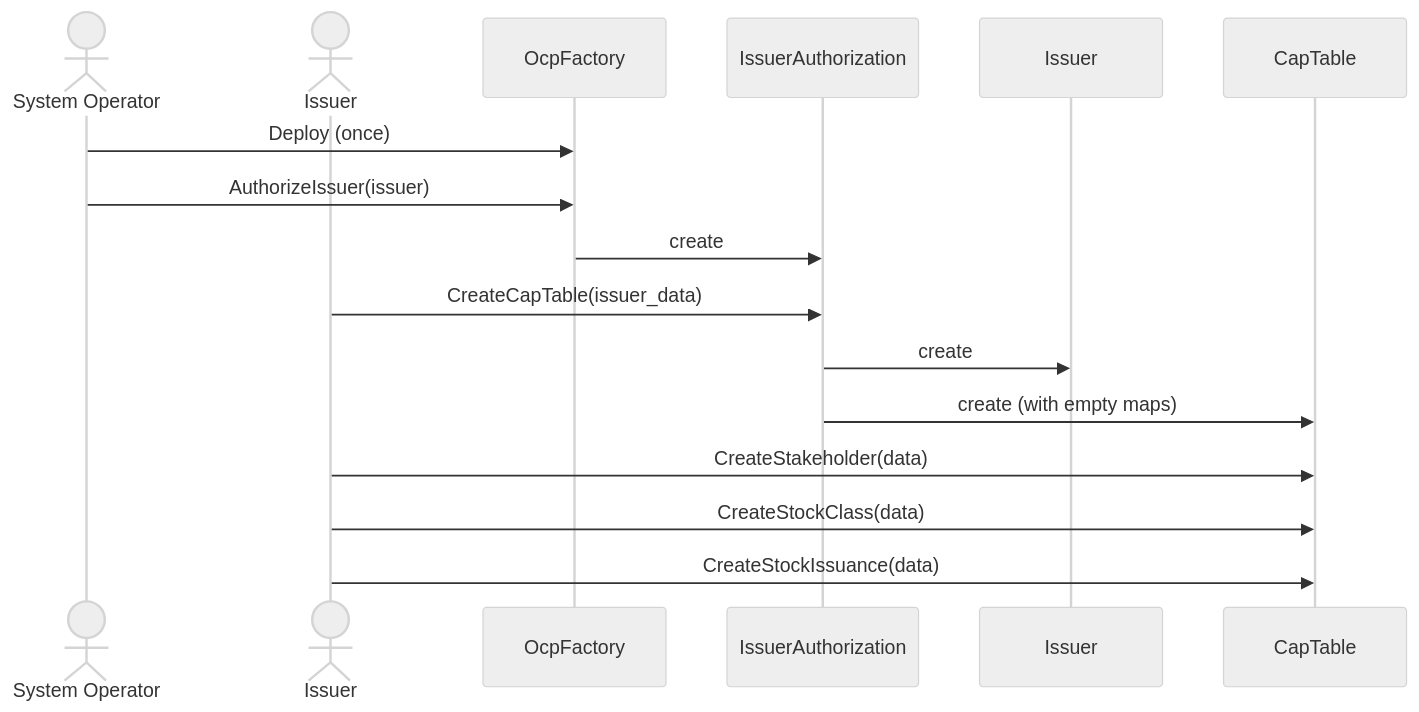
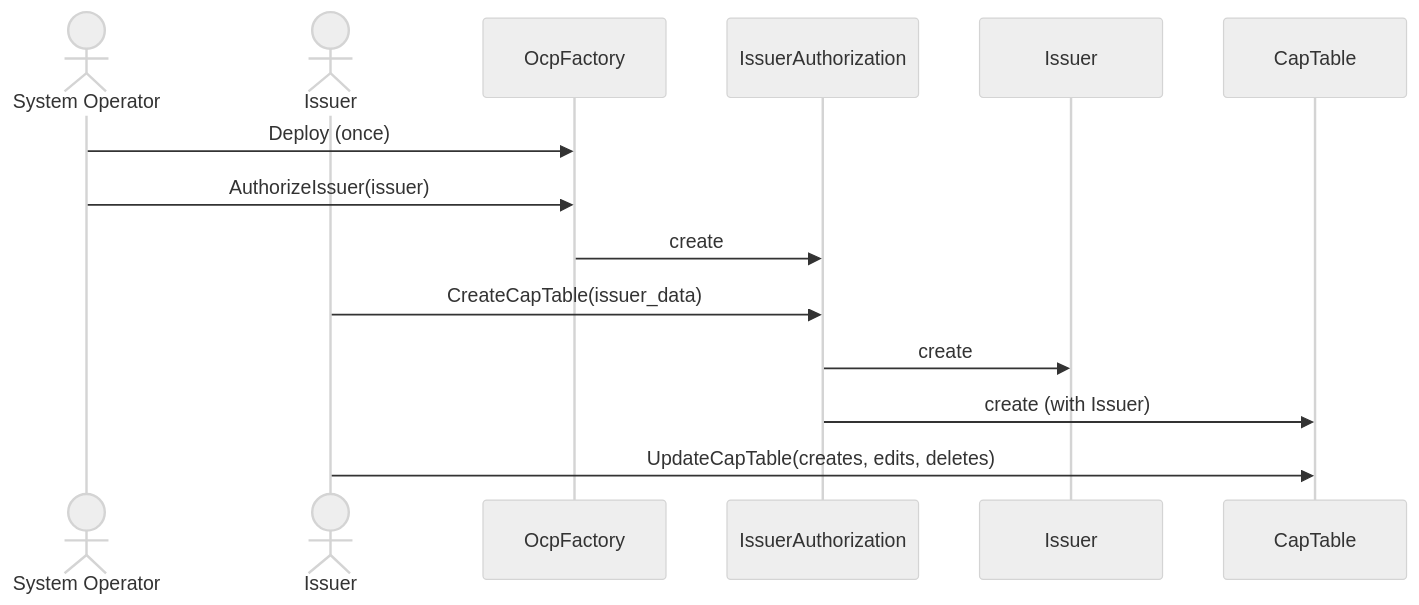
One commit to Fairmint/open-captable-protocol-daml changed the second of 2 diagrams in docs/OCP_CONTRACT_DIAGRAM.md. Above: the diagram before and after it, drawn with Mermaid (neutral theme). The commit also changed other lines of this file, not shown here.

Commit message:
Refine CapTable docs, clarify codegen, and simplify update flow

````diff
--- a/docs/OCP_CONTRACT_DIAGRAM.md
+++ b/docs/OCP_CONTRACT_DIAGRAM.md
@@ -17,17 +17,15 @@
 ```mermaid
 sequenceDiagram
     actor SO as System Operator
     actor I as Issuer
 
     SO->>OcpFactory: Deploy (once)
     SO->>OcpFactory: AuthorizeIssuer(issuer)
     OcpFactory->>IssuerAuthorization: create
 
     I->>IssuerAuthorization: CreateCapTable(issuer_data)
     IssuerAuthorization->>Issuer: create
-    IssuerAuthorization->>CapTable: create (with empty maps)
+    IssuerAuthorization->>CapTable: create (with Issuer)
 
-    I->>CapTable: CreateStakeholder(data)
-    I->>CapTable: CreateStockClass(data)
-    I->>CapTable: CreateStockIssuance(data)
+    I->>CapTable: UpdateCapTable(creates, edits, deletes)
 ```
````
